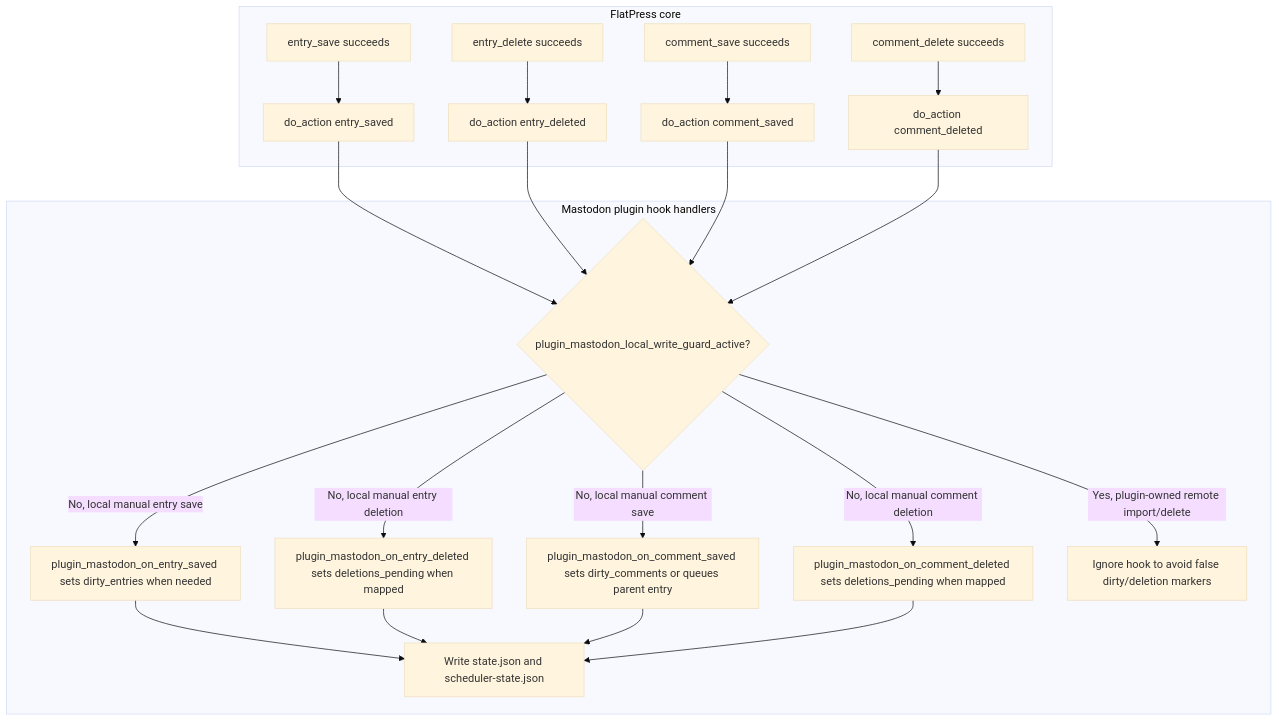
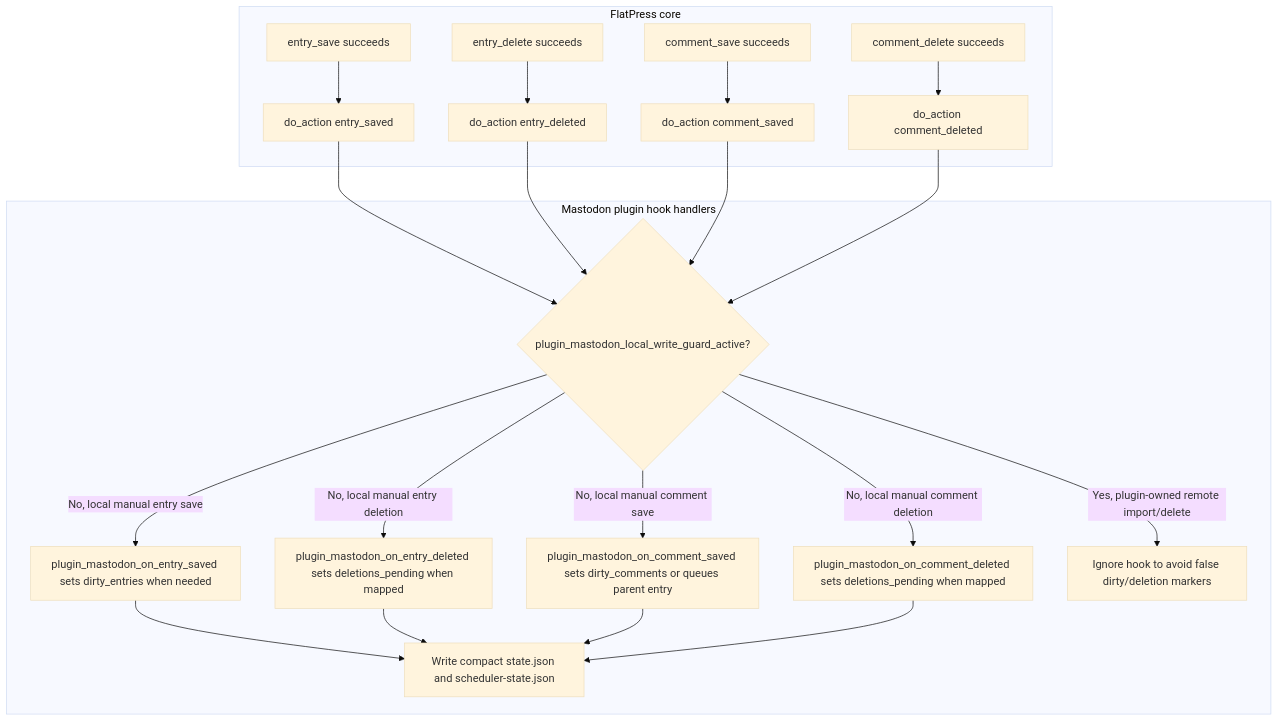
Diagram 28 of 32 in fp-plugins/mastodon/developer-docs/06-Process-Flow.md (flatpressblog/flatpress), drawn with Mermaid (base theme) before and after one commit. The commit also changed other lines of this file and 8 other files, not shown here.

````diff
--- a/fp-plugins/mastodon/developer-docs/06-Process-Flow.md
+++ b/fp-plugins/mastodon/developer-docs/06-Process-Flow.md
@@ -1006,34 +1007,34 @@
 ```mermaid
 flowchart TD
     subgraph Core["FlatPress core"]
         EntrySave["entry_save succeeds"]
         EntrySaved["do_action entry_saved"]
         EntryDelete["entry_delete succeeds"]
         EntryDeleted["do_action entry_deleted"]
         CommentSave["comment_save succeeds"]
         CommentSaved["do_action comment_saved"]
         CommentDelete["comment_delete succeeds"]
         CommentDeleted["do_action comment_deleted"]
     end
 
     subgraph Plugin["Mastodon plugin hook handlers"]
         Guard{"plugin_mastodon_local_write_guard_active?"}
         EntryDirty["plugin_mastodon_on_entry_saved sets dirty_entries when needed"]
         EntryDeletion["plugin_mastodon_on_entry_deleted sets deletions_pending when mapped"]
         CommentDirty["plugin_mastodon_on_comment_saved sets dirty_comments or queues parent entry"]
         CommentDeletion["plugin_mastodon_on_comment_deleted sets deletions_pending when mapped"]
-        StateWrite["Write state.json and scheduler-state.json"]
+        StateWrite["Write compact state.json and scheduler-state.json"]
         Stop["Ignore hook to avoid false dirty/deletion markers"]
     end
 
     EntrySave --> EntrySaved --> Guard
     EntryDelete --> EntryDeleted --> Guard
     CommentSave --> CommentSaved --> Guard
     CommentDelete --> CommentDeleted --> Guard
 
     Guard -- "Yes, plugin-owned remote import/delete" --> Stop
     Guard -- "No, local manual entry save" --> EntryDirty --> StateWrite
     Guard -- "No, local manual entry deletion" --> EntryDeletion --> StateWrite
     Guard -- "No, local manual comment save" --> CommentDirty --> StateWrite
     Guard -- "No, local manual comment deletion" --> CommentDeletion --> StateWrite
 ```
````
